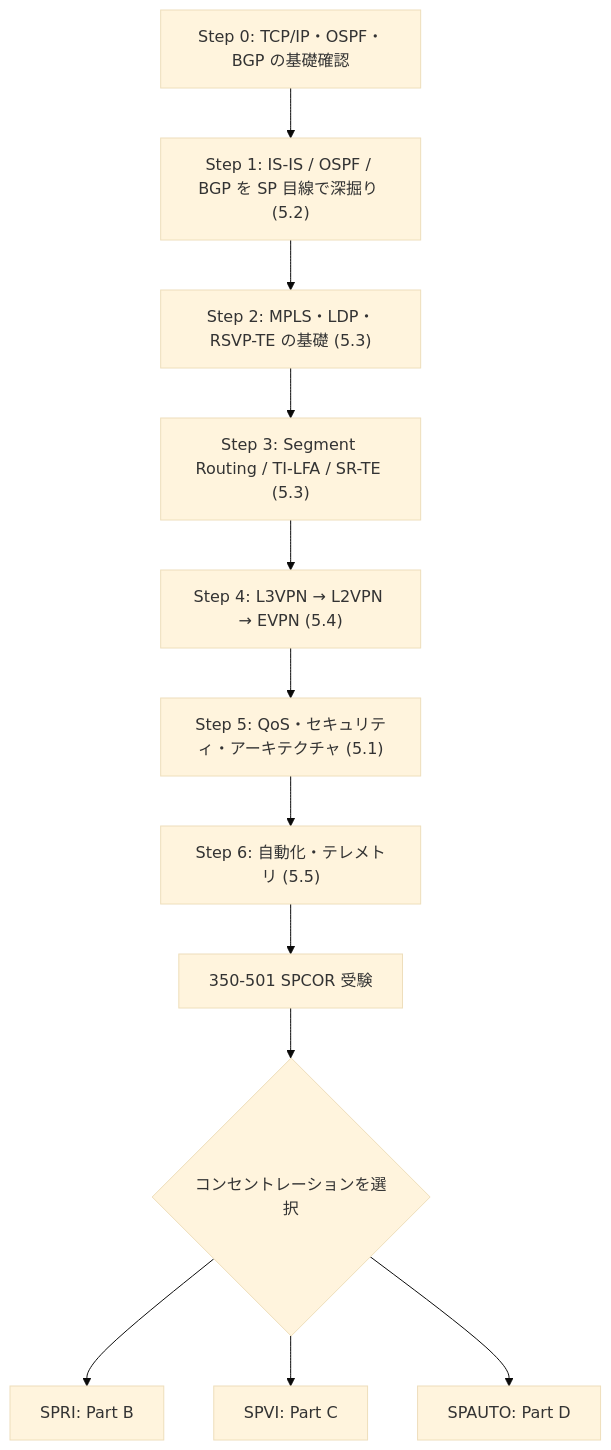
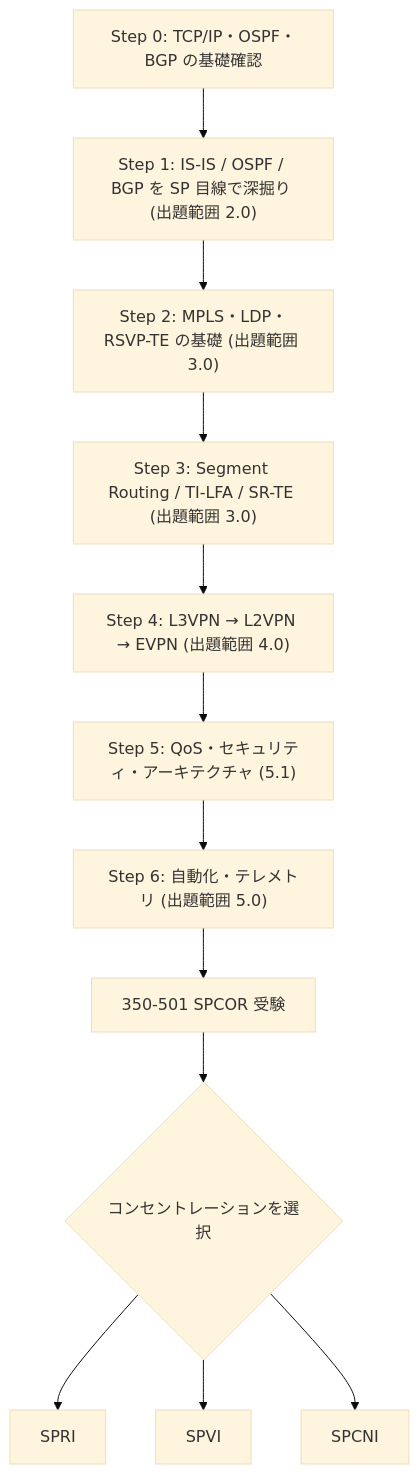
Before and after one commit to myoshi2891/Cloud-Infrastructure-and-Network-Studies: the third of 12 diagrams in Ccnp-service-provider-guide.md, drawn with Mermaid (base theme). The commit also changed other lines of this file, not shown here.

````diff
--- a/Ccnp-service-provider-guide.md
+++ b/Ccnp-service-provider-guide.md
@@ -171,14 +164,14 @@
 ```mermaid
 flowchart TD
-    S0["Step 0: TCP/IP・OSPF・BGP の基礎確認"] --> S1["Step 1: IS-IS / OSPF / BGP を SP 目線で深掘り (5.2)"]
-    S1 --> S2["Step 2: MPLS・LDP・RSVP-TE の基礎 (5.3)"]
-    S2 --> S3["Step 3: Segment Routing / TI-LFA / SR-TE (5.3)"]
-    S3 --> S4["Step 4: L3VPN → L2VPN → EVPN (5.4)"]
+    S0["Step 0: TCP/IP・OSPF・BGP の基礎確認"] --> S1["Step 1: IS-IS / OSPF / BGP を SP 目線で深掘り (出題範囲 2.0)"]
+    S1 --> S2["Step 2: MPLS・LDP・RSVP-TE の基礎 (出題範囲 3.0)"]
+    S2 --> S3["Step 3: Segment Routing / TI-LFA / SR-TE (出題範囲 3.0)"]
+    S3 --> S4["Step 4: L3VPN → L2VPN → EVPN (出題範囲 4.0)"]
     S4 --> S5["Step 5: QoS・セキュリティ・アーキテクチャ (5.1)"]
-    S5 --> S6["Step 6: 自動化・テレメトリ (5.5)"]
+    S5 --> S6["Step 6: 自動化・テレメトリ (出題範囲 5.0)"]
     S6 --> EXAM1["350-501 SPCOR 受験"]
     EXAM1 --> S7{"コンセントレーションを選択"}
-    S7 --> P1["SPRI: Part B"]
-    S7 --> P2["SPVI: Part C"]
-    S7 --> P3["SPAUTO: Part D"]
+    S7 --> P1["SPRI"]
+    S7 --> P2["SPVI"]
+    S7 --> P3["SPCNI"]
 ```
````
